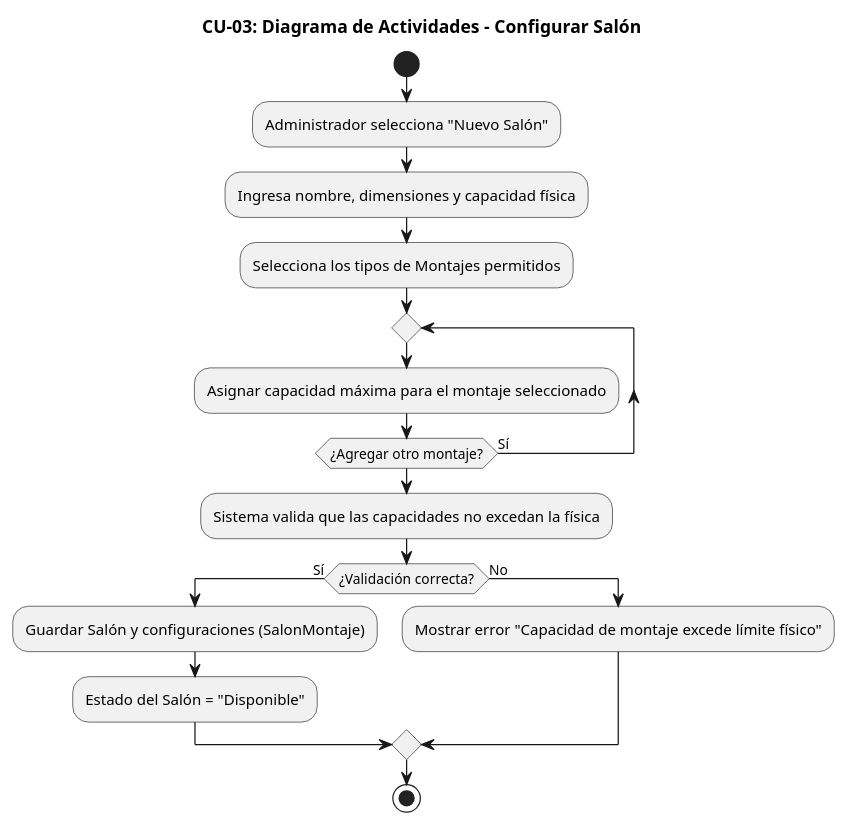
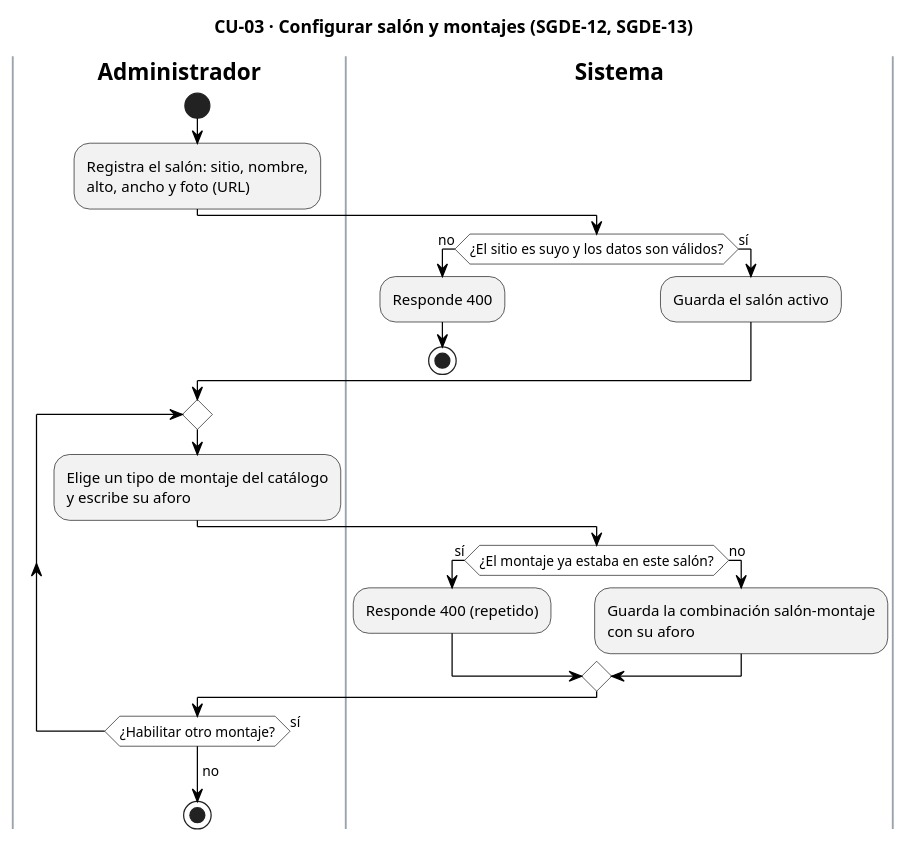
The diagram in docs/Diagrama de actividades/CU03_ConfigurarSalon.pu (AndreCamx2/Gestion-De-Eventos), drawn with PlantUML before and after one commit. The commit also changed 172 other files, not shown here.

First line of the commit message:
docs(diagramas): alinear los diagramas con el sistema construido

```diff
--- a/docs/Diagrama de actividades/CU03_ConfigurarSalon.pu
+++ b/docs/Diagrama de actividades/CU03_ConfigurarSalon.pu
@@ -1,20 +1,42 @@
 @startuml CU03_ConfigurarSalon
-title CU-03: Diagrama de Actividades - Configurar Salón
+title CU-03 · Configurar salón y montajes (SGDE-12, SGDE-13)
 skinparam backgroundColor white
+skinparam ActivityBackgroundColor #F2F2F2
+skinparam ActivityBorderColor black
+skinparam ActivityDiamondBackgroundColor white
+skinparam ActivityDiamondBorderColor black
+skinparam ArrowColor black
+skinparam SwimlaneBorderColor #9AA3AE
+skinparam SwimlaneTitleFontStyle bold
+skinparam note {
+  BackgroundColor #FFFBEA
+  BorderColor #B8A86B
+}
 
+|Administrador|
 start
-:Administrador selecciona "Nuevo Salón";
-:Ingresa nombre, dimensiones y capacidad física;
-:Selecciona los tipos de Montajes permitidos;
+:Registra el salón: sitio, nombre,
+alto, ancho y foto (URL);
+|Sistema|
+if (¿El sitio es suyo y los datos son válidos?) then (no)
+  :Responde 400;
+  stop
+else (sí)
+  :Guarda el salón activo;
+endif
+|Administrador|
 repeat
-  :Asignar capacidad máxima para el montaje seleccionado;
-repeat while (¿Agregar otro montaje?) is (Sí)
-:Sistema valida que las capacidades no excedan la física;
-if (¿Validación correcta?) then (Sí)
-  :Guardar Salón y configuraciones (SalonMontaje);
-  :Estado del Salón = "Disponible";
-else (No)
-  :Mostrar error "Capacidad de montaje excede límite físico";
-endif
+  :Elige un tipo de montaje del catálogo
+  y escribe su aforo;
+  |Sistema|
+  if (¿El montaje ya estaba en este salón?) then (sí)
+    :Responde 400 (repetido);
+  else (no)
+    :Guarda la combinación salón–montaje
+    con su aforo;
+  endif
+  |Administrador|
+repeat while (¿Habilitar otro montaje?) is (sí)
+->no;
 stop
 @enduml
```
